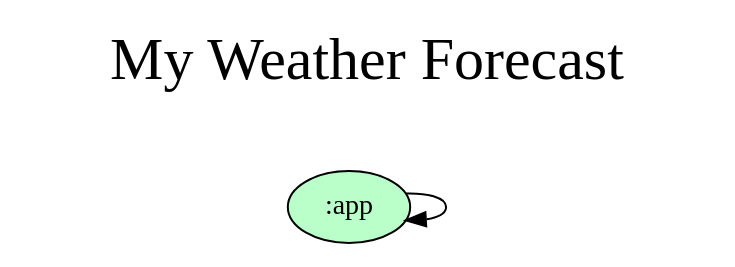
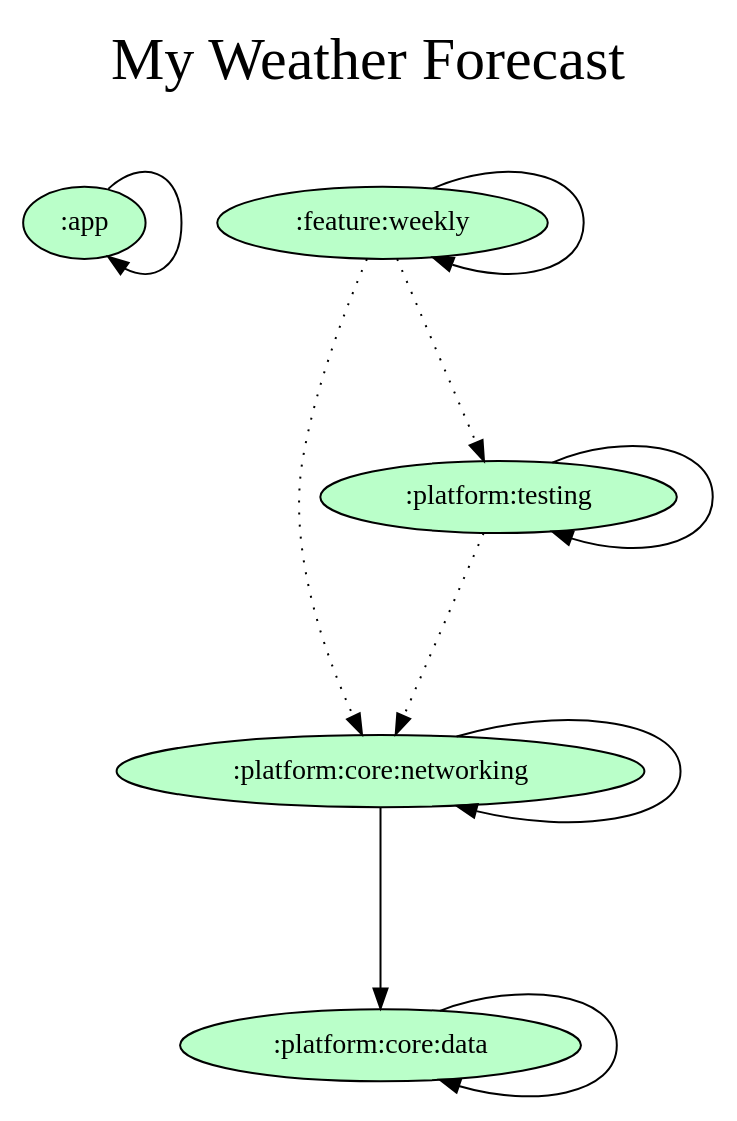
The diagram in gradle/dependency-graph/project.dot (orogersilva/myweatherforecast), drawn with Graphviz before and after one commit. The commit also changed 1 other file, not shown here.

Commit message:
docs: Updating dependency graph

```diff
--- a/gradle/dependency-graph/project.dot
+++ b/gradle/dependency-graph/project.dot
@@ -1,15 +1,27 @@
 digraph {
   graph [label="My Weather Forecast\n ",labelloc=t,fontsize=30,ranksep=1.4];
   node [style=filled, fillcolor="#bbbbbb"];
   rankdir=TB;
 
   # Projects
 
   ":app" [fillcolor="#baffc9"];
+  ":feature:weekly" [fillcolor="#baffc9"];
+  ":platform:core:data" [fillcolor="#baffc9"];
+  ":platform:core:networking" [fillcolor="#baffc9"];
+  ":platform:testing" [fillcolor="#baffc9"];
 
   {rank = same;}
 
   # Dependencies
 
   ":app" -> ":app"
+  ":feature:weekly" -> ":feature:weekly"
+  ":feature:weekly" -> ":platform:core:networking" [style=dotted]
+  ":feature:weekly" -> ":platform:testing" [style=dotted]
+  ":platform:testing" -> ":platform:testing"
+  ":platform:testing" -> ":platform:core:networking" [style=dotted]
+  ":platform:core:data" -> ":platform:core:data"
+  ":platform:core:networking" -> ":platform:core:data"
+  ":platform:core:networking" -> ":platform:core:networking"
 }
```
